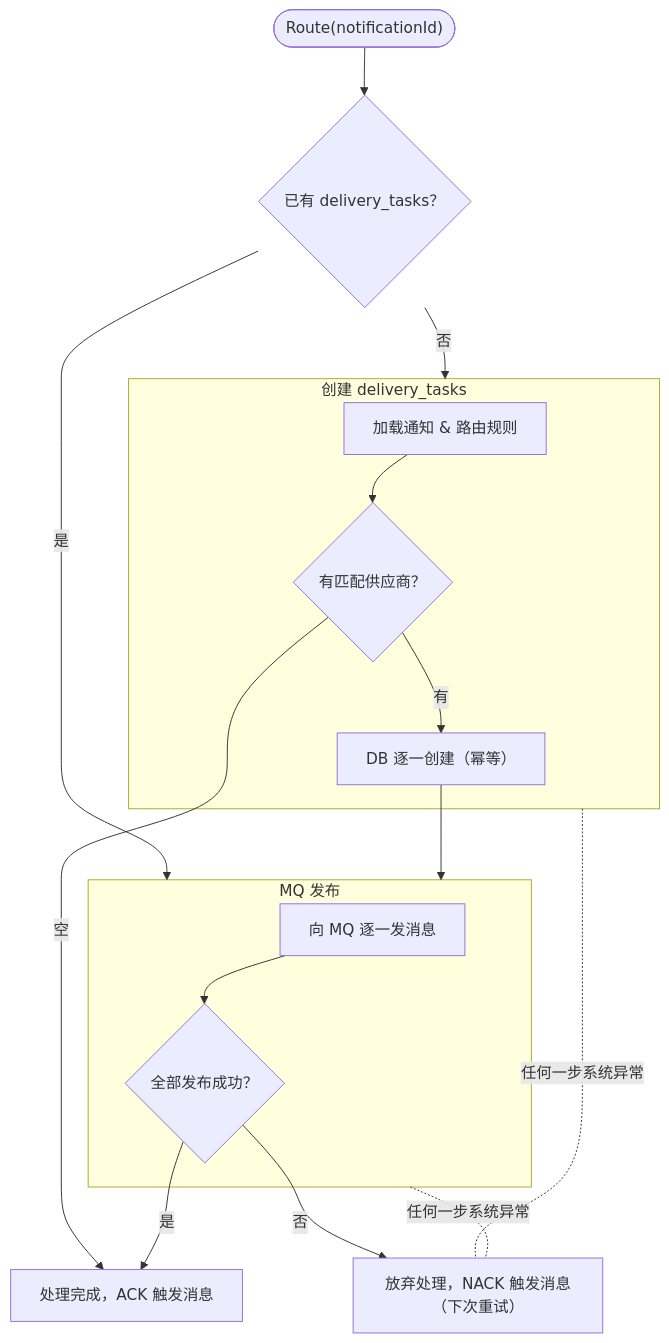
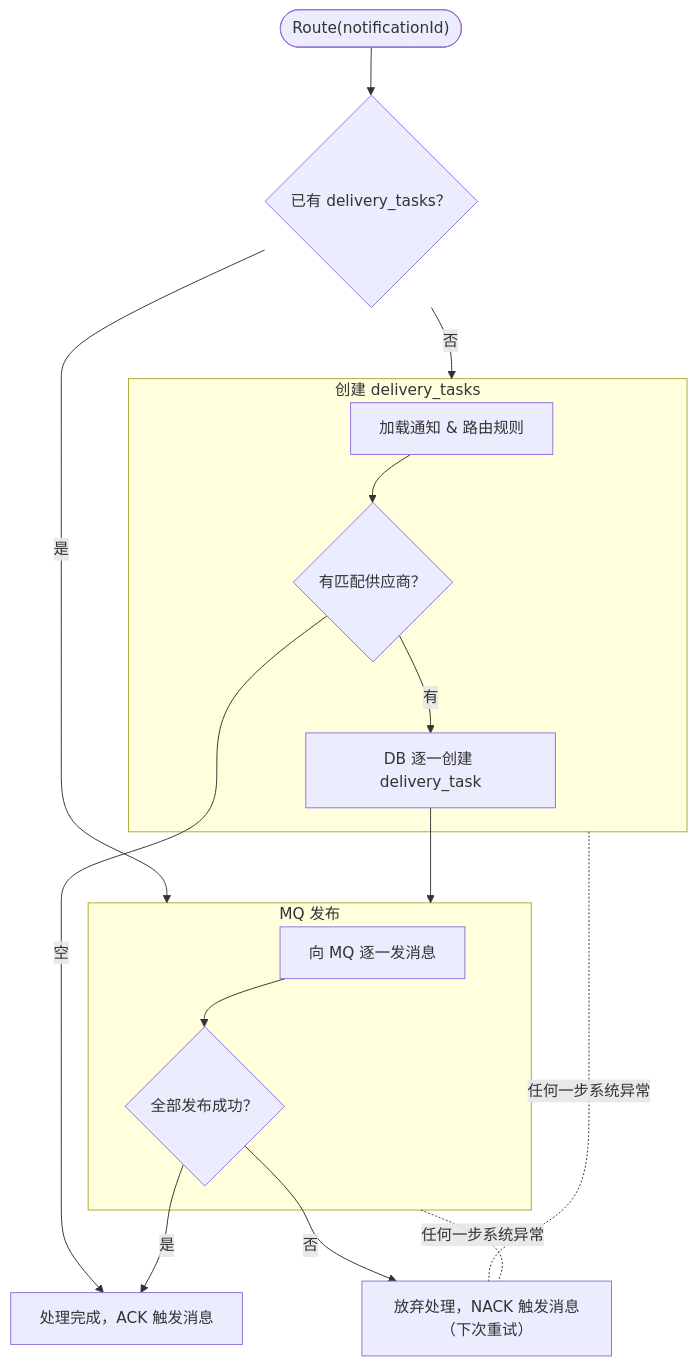
One commit to xnslong/rc_xnslong changed the fifth of 19 diagrams in doc/requirements/202605-notification-design-dd.md. Above: the diagram before and after it, drawn with Mermaid.

Commit message:
docs(dd): Route 活动图节点文字更明确

````diff
--- a/doc/requirements/202605-notification-design-dd.md
+++ b/doc/requirements/202605-notification-design-dd.md
@@ -1015,33 +1015,33 @@
 ```mermaid
 flowchart TD
     START(["Route(notificationId)"])
     IDEMP{"已有 delivery_tasks？"}
 
     subgraph CREATE_TASKS["创建 delivery_tasks"]
         LOAD["加载通知 & 路由规则"]
         VENDOR{"有匹配供应商？"}
-        CREATE["DB 逐一创建（幂等）"]
+        CREATE["DB 逐一创建 delivery_task"]
     end
 
     subgraph PUB["MQ 发布"]
         PUBLISH["向 MQ 逐一发消息"]
         ALL_OK{"全部发布成功？"}
     end
 
     DONE["处理完成，ACK 触发消息"]
     RETRY["放弃处理，NACK 触发消息（下次重试）"]
 
     START --> IDEMP
     IDEMP -- "是" --> PUB
     IDEMP -- "否" --> CREATE_TASKS
     LOAD --> VENDOR
     VENDOR -- "空" --> DONE
     VENDOR -- "有" --> CREATE
     CREATE --> PUB
     PUBLISH --> ALL_OK
     ALL_OK -- "是" --> DONE
     ALL_OK -- "否" --> RETRY
 
     CREATE_TASKS -.-|"任何一步系统异常"| RETRY
     PUB -.-|"任何一步系统异常"| RETRY
 ```
````
